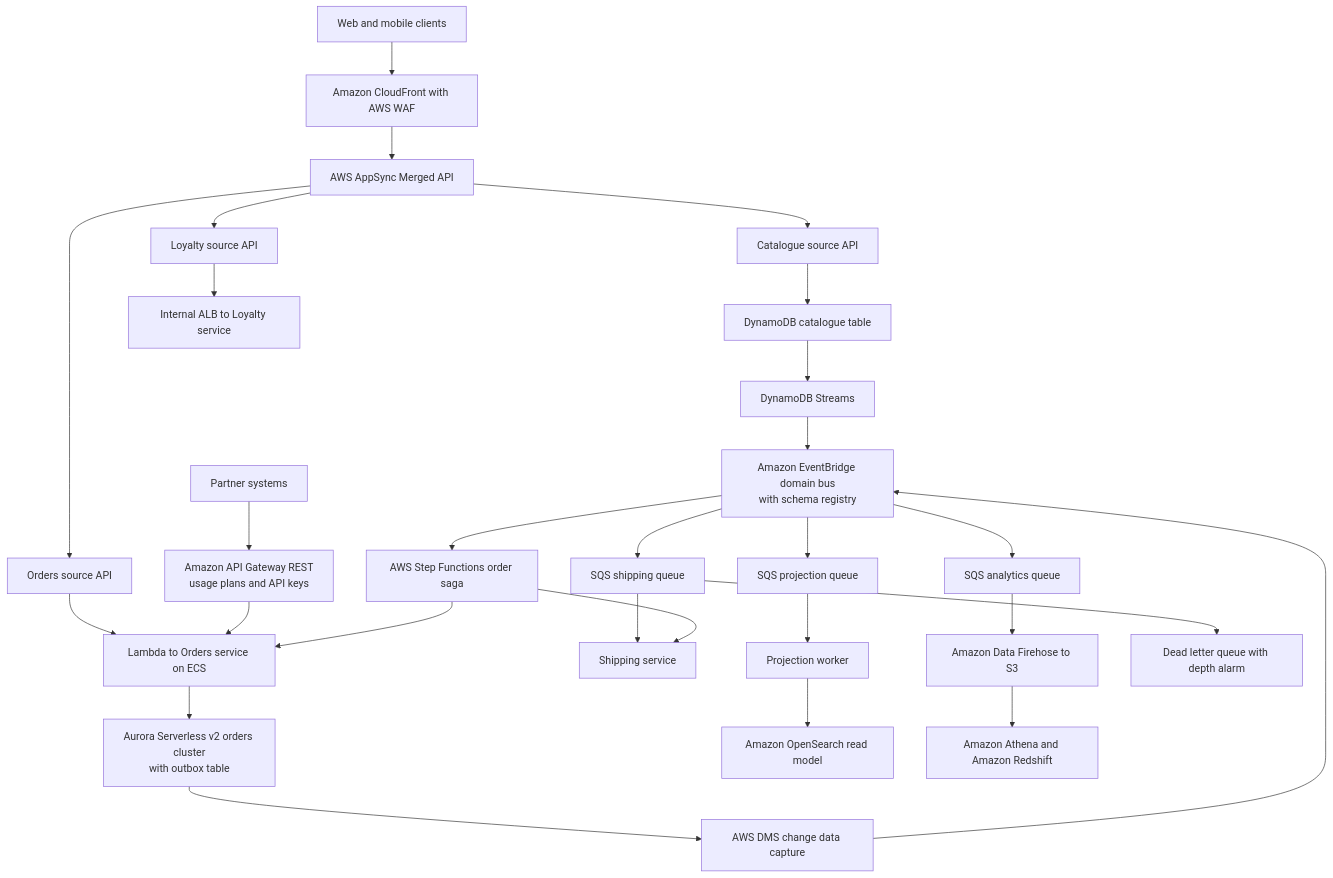
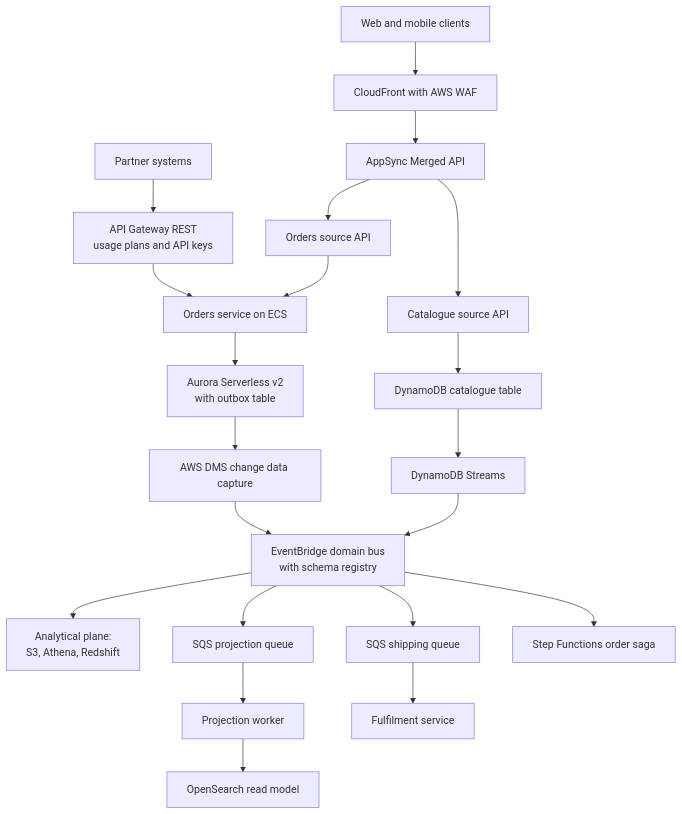
Before and after one commit to norbutlepcha25/dso303: the sixth of 6 diagrams in docs/unit4/topic1.md, drawn with Mermaid. The commit also changed other lines of this file and 12 other files, not shown here.

````diff
--- a/docs/unit4/topic1.md
+++ b/docs/unit4/topic1.md
@@ -846,30 +561,23 @@
 ```mermaid
 flowchart TD
-    WEB["Web and mobile clients"] --> CF["Amazon CloudFront with AWS WAF"]
-    PARTNER["Partner systems"] --> APIGW["Amazon API Gateway REST<br/>usage plans and API keys"]
-    CF --> AS["AWS AppSync Merged API"]
+    WEB["Web and mobile clients"] --> CF["CloudFront with AWS WAF"]
+    PARTNER["Partner systems"] --> APIGW["API Gateway REST<br/>usage plans and API keys"]
+    CF --> AS["AppSync Merged API"]
     AS --> SA["Catalogue source API"]
     AS --> SB["Orders source API"]
-    AS --> SC["Loyalty source API"]
     SA --> DDB1["DynamoDB catalogue table"]
-    SB --> LORD["Lambda to Orders service on ECS"]
-    SC --> ALBL["Internal ALB to Loyalty service"]
+    SB --> LORD["Orders service on ECS"]
     APIGW --> LORD
-    LORD --> AUR["Aurora Serverless v2 orders cluster<br/>with outbox table"]
+    LORD --> AUR["Aurora Serverless v2<br/>with outbox table"]
     AUR --> DMS["AWS DMS change data capture"]
     DDB1 --> STR["DynamoDB Streams"]
-    DMS --> EB["Amazon EventBridge domain bus<br/>with schema registry"]
+    DMS --> EB["EventBridge domain bus<br/>with schema registry"]
     STR --> EB
-    EB --> SF["AWS Step Functions order saga"]
+    EB --> SF["Step Functions order saga"]
     EB --> Q1["SQS shipping queue"]
     EB --> Q2["SQS projection queue"]
-    EB --> Q3["SQS analytics queue"]
-    Q1 --> SHIP["Shipping service"]
+    Q1 --> SHIP["Fulfilment service"]
     Q2 --> PROJ["Projection worker"]
-    PROJ --> OSS["Amazon OpenSearch read model"]
-    Q3 --> FH["Amazon Data Firehose to S3"]
-    FH --> ATH["Amazon Athena and Amazon Redshift"]
-    Q1 --> DLQ["Dead letter queue with depth alarm"]
-    SF --> LORD
-    SF --> SHIP
+    PROJ --> OSS["OpenSearch read model"]
+    EB --> ATH["Analytical plane:<br/>S3, Athena, Redshift"]
 ```
````
